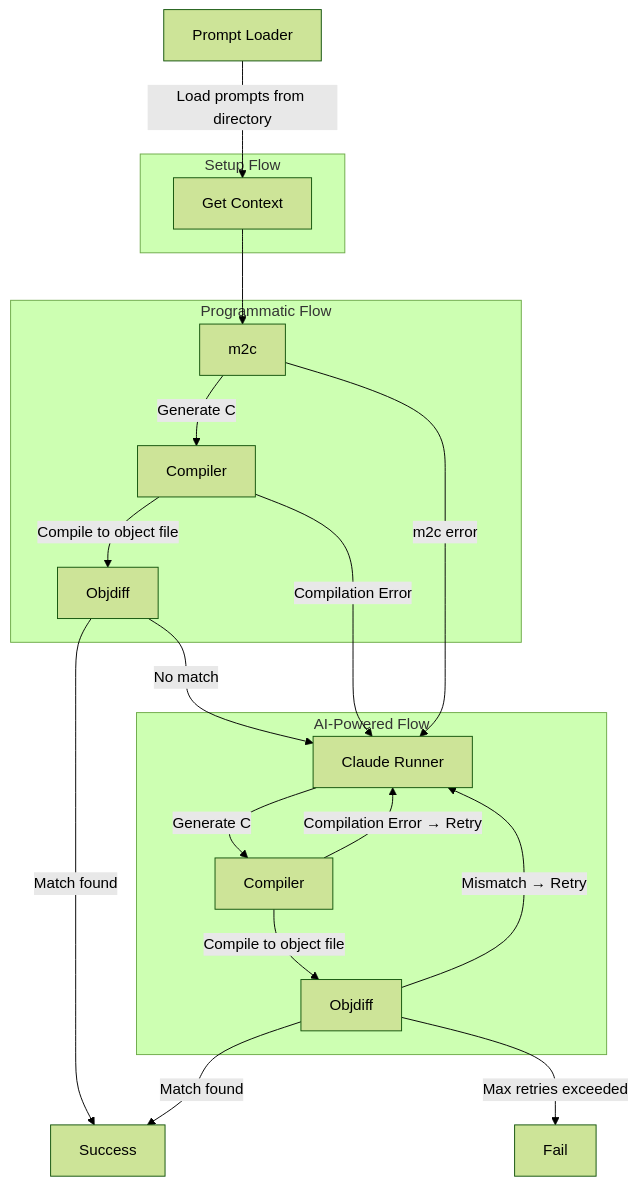
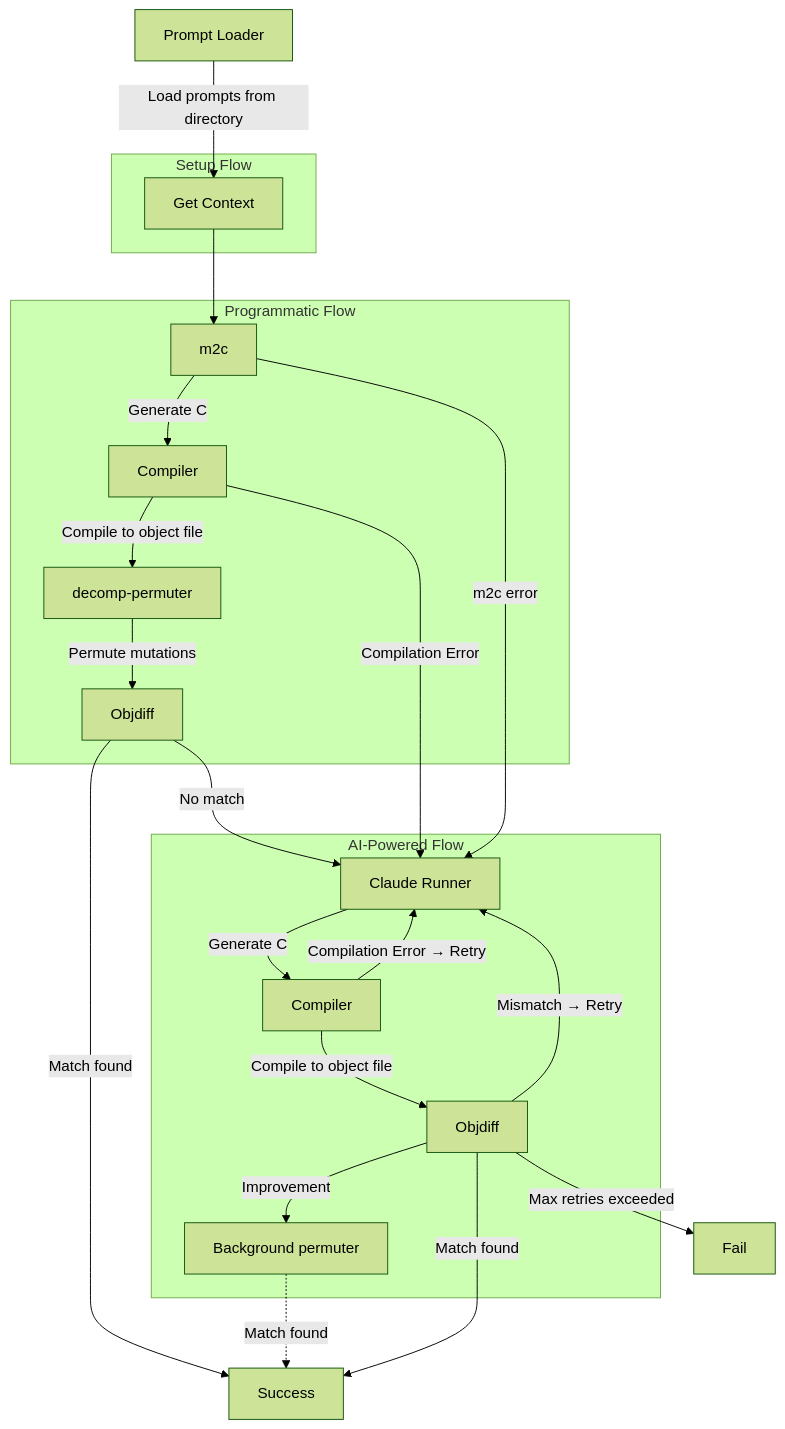
Before and after one commit to macabeus/mizuchi: the diagram in README.md, drawn with Mermaid (forest theme). The commit also changed other lines of this file and 28 other files, not shown here.

Commit message:
Add `DecompPermuterPlugin` (#15)

````diff
--- a/README.md
+++ b/README.md
@@ -123,37 +132,42 @@
 ```mermaid
 flowchart TD
   A[Prompt Loader] --> |Load prompts from directory| O
 
   subgraph Setup Flow
     O[Get Context]
   end
 
   O --> M
 
   subgraph Programmatic Flow
     M[m2c]
     MC[Compiler]
+    MP[decomp-permuter]
 
     M --> |Generate C| MC
-    MC --> |Compile to object file| MD[Objdiff]
+    MC --> |Compile to object file| MP
+    MP --> |Permute mutations| MD[Objdiff]
   end
 
   M --> |m2c error| B
   MC --> |Compilation Error| B
   MD --> |Match found| E[Success]
   MD --> |No match| B
 
   subgraph AI-Powered Flow
     B[Claude Runner]
     C[Compiler]
     D[Objdiff]
+    BP[Background permuter]
 
     B --> |Generate C| C
     C --> |Compilation Error → Retry| B
     C --> |Compile to object file| D
+    D --> |Improvement| BP
     D --> |Mismatch → Retry| B
   end
 
+  BP -.-> |Match found| E
   D --> |Match found| E
   D --> |Max retries exceeded| F[Fail]
 ```
````
